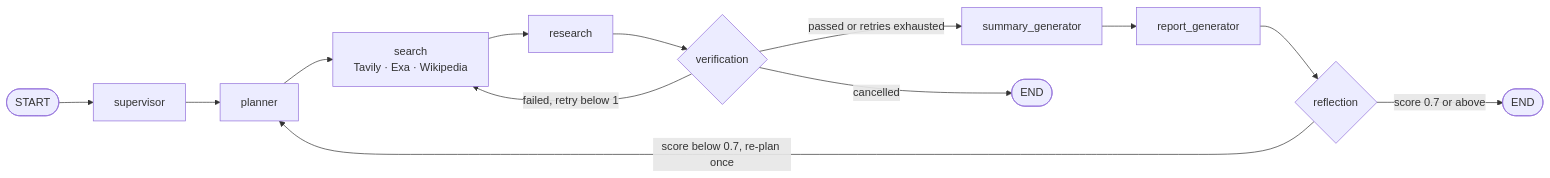
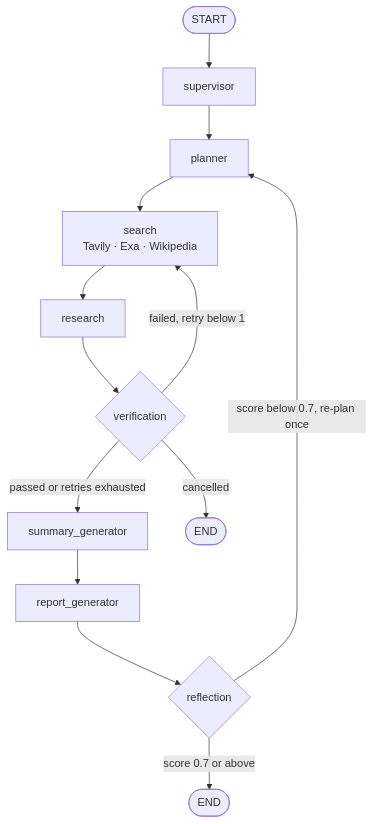
One commit to vishalgoyal25/TheKnowledgeOrbits changed the ninth of 15 diagrams in README.md. Above: the diagram before and after it, drawn with Mermaid.

Commit message:
fix:docs(readme)

````diff
--- a/README.md
+++ b/README.md
@@ -570,18 +570,18 @@
 ```mermaid
-flowchart LR
+flowchart TB
     START([START]) --> SUP["supervisor"]
     SUP --> PLAN["planner"]
     PLAN --> SEARCH["search<br/>Tavily · Exa · Wikipedia"]
     SEARCH --> RES["research"]
     RES --> VER{"verification"}
 
     VER -->|passed or retries exhausted| SUM["summary_generator"]
     VER -->|failed, retry below 1| SEARCH
     VER -->|cancelled| E1([END])
 
     SUM --> REP["report_generator"]
     REP --> REF{"reflection"}
 
     REF -->|score below 0.7, re-plan once| PLAN
     REF -->|score 0.7 or above| E2([END])
 ```
````
